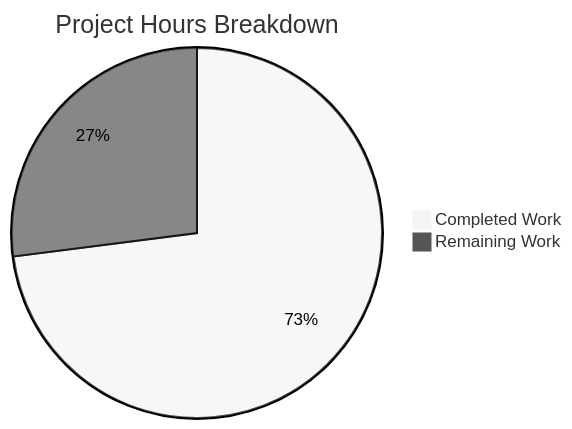
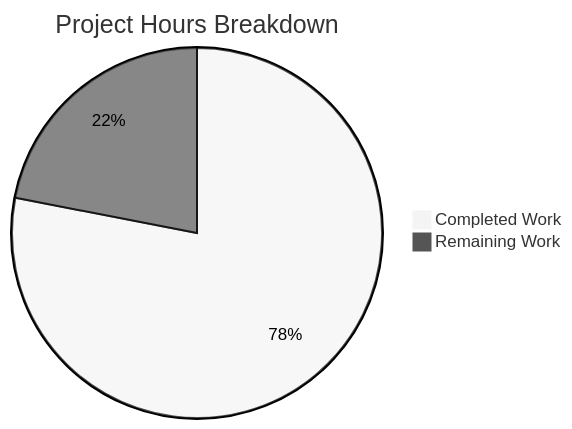
Before and after one commit to blitzy-public-samples/blitzy-odoo: the second of 2 diagrams in blitzy/documentation/Project Guide.md, drawn with Mermaid (neutral theme). The commit also changed other lines of this file, not shown here.

Commit message:
Adding Blitzy Project Guide: Project Status and Human Tasks Remaining

````diff
--- a/blitzy/documentation/Project Guide.md
+++ b/blitzy/documentation/Project Guide.md
@@ -214,5 +209,5 @@
 ```mermaid
 pie title Project Hours Breakdown
-    "Completed Work" : 27
-    "Remaining Work" : 10
+    "Completed Work" : 32
+    "Remaining Work" : 9
 ```
````
